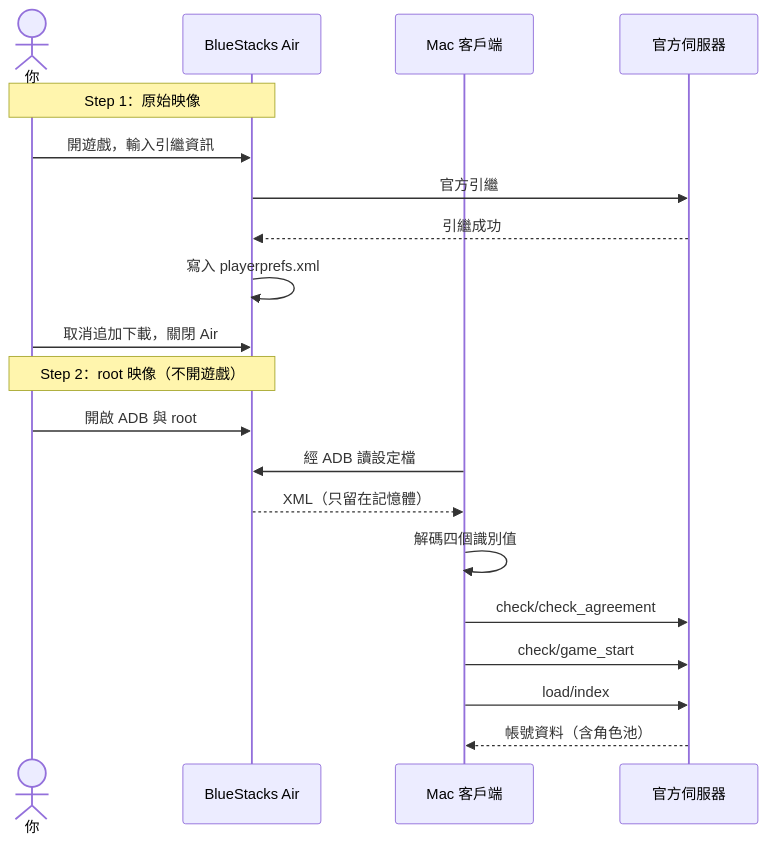
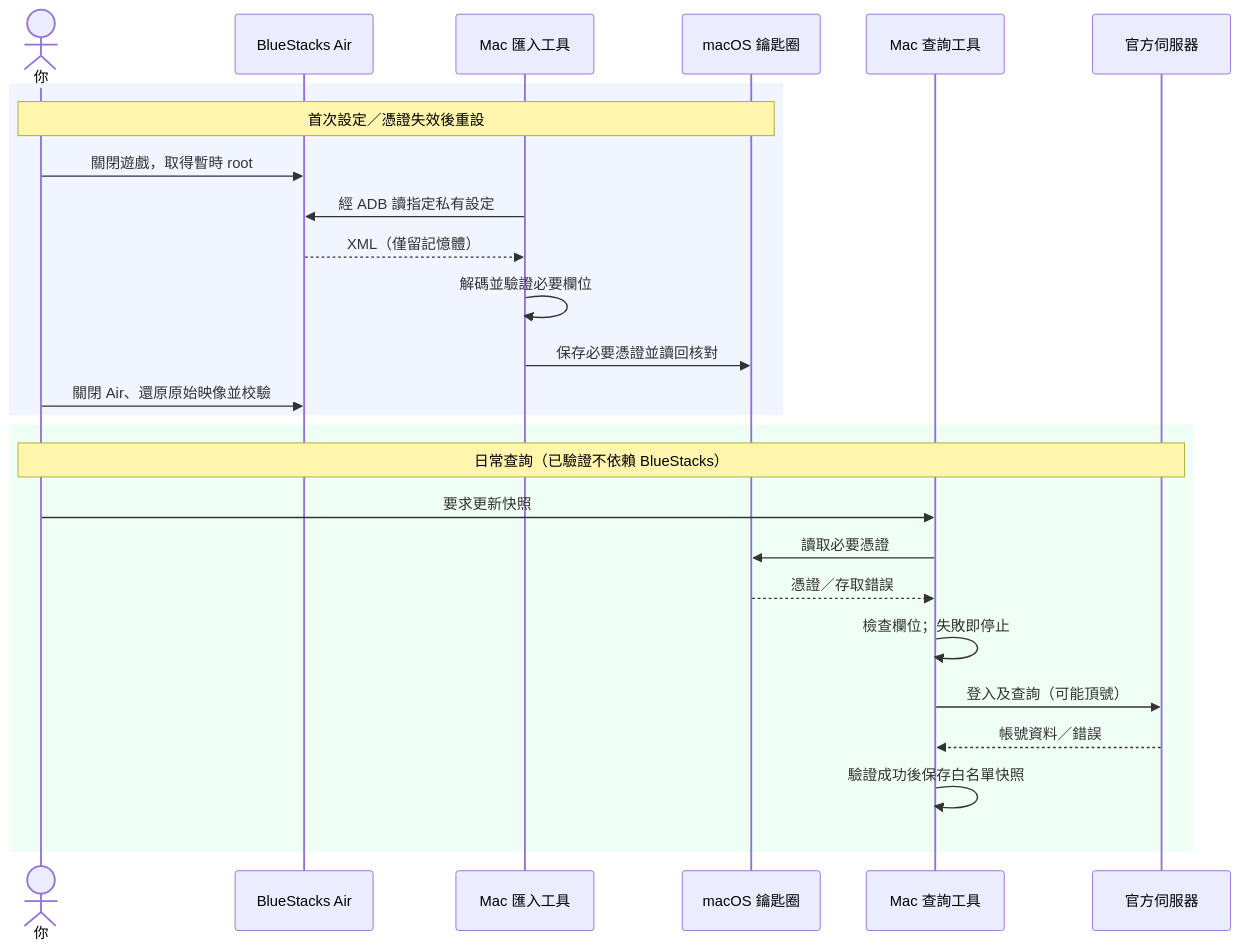
Before and after one commit to WilliamCHIU-ETH/pcr-tw-mac-login: the second of 2 diagrams in README.md, drawn with Mermaid. The commit also changed other lines of this file and 3 other files, not shown here.

````diff
--- a/README.md
+++ b/README.md
@@ -113,23 +117,29 @@
 ```mermaid
 sequenceDiagram
     actor U as 你
     participant A as BlueStacks Air
-    participant M as Mac 客戶端
+    participant I as Mac 匯入工具
+    participant K as macOS 鑰匙圈
+    participant M as Mac 查詢工具
     participant S as 官方伺服器
 
-    Note over U,A: Step 1：原始映像
-    U->>A: 開遊戲，輸入引繼資訊
-    A->>S: 官方引繼
-    S-->>A: 引繼成功
-    A->>A: 寫入 playerprefs.xml
-    U->>A: 取消追加下載，關閉 Air
-    Note over U,A: Step 2：root 映像（不開遊戲）
-    U->>A: 開啟 ADB 與 root
-    M->>A: 經 ADB 讀設定檔
-    A-->>M: XML（只留在記憶體）
-    M->>M: 解碼四個識別值
-    M->>S: check/check_agreement
-    M->>S: check/game_start
-    M->>S: load/index
-    S-->>M: 帳號資料（含角色池）
+    rect rgb(240, 245, 255)
+        Note over U,K: 首次設定／憑證失效後重設
+        U->>A: 關閉遊戲，取得暫時 root
+        I->>A: 經 ADB 讀指定私有設定
+        A-->>I: XML（僅留記憶體）
+        I->>I: 解碼並驗證必要欄位
+        I->>K: 保存必要憑證並讀回核對
+        U->>A: 關閉 Air、還原原始映像並校驗
+    end
+    rect rgb(240, 255, 245)
+        Note over U,S: 日常查詢（已驗證不依賴 BlueStacks）
+        U->>M: 要求更新快照
+        M->>K: 讀取必要憑證
+        K-->>M: 憑證／存取錯誤
+        M->>M: 檢查欄位；失敗即停止
+        M->>S: 登入及查詢（可能頂號）
+        S-->>M: 帳號資料／錯誤
+        M->>M: 驗證成功後保存白名單快照
+    end
 ```
````
